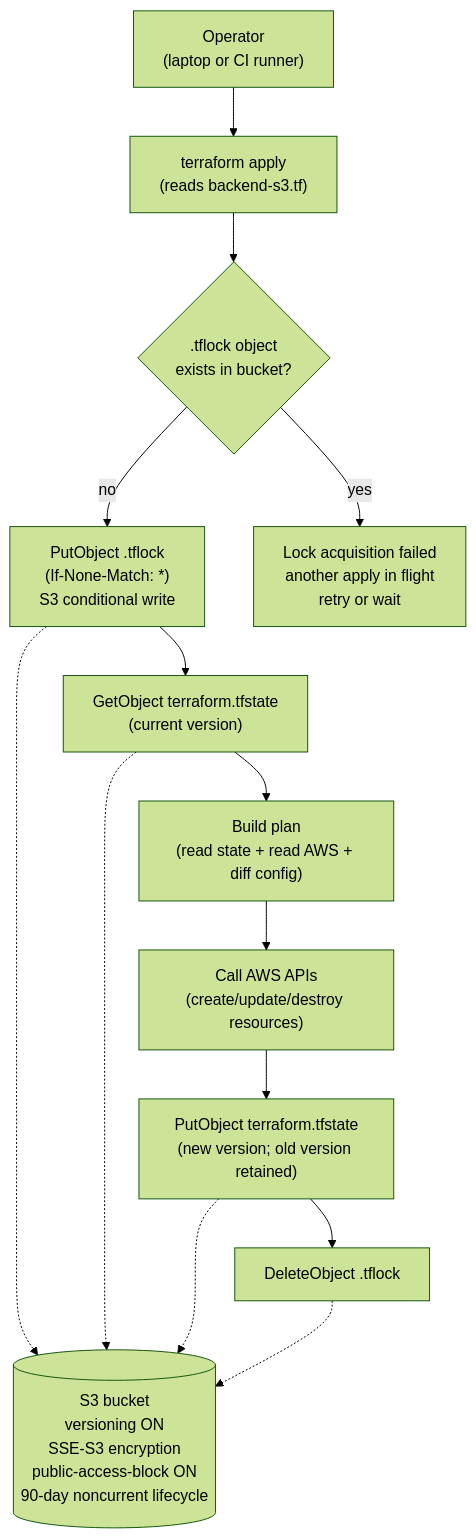
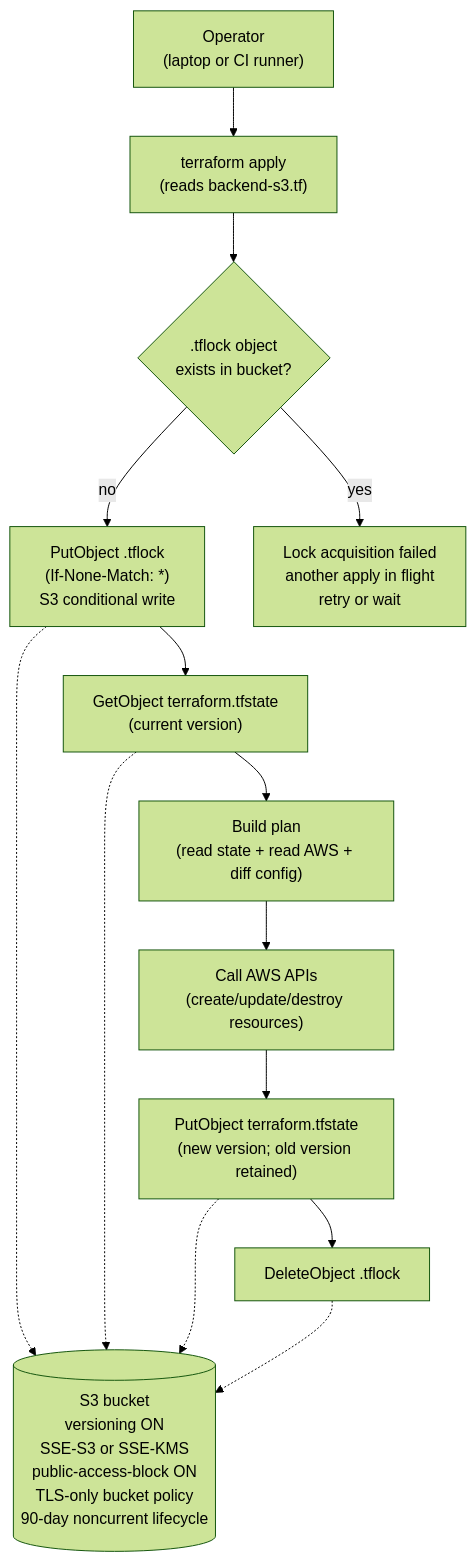
One commit to abd-ulbasit/bookstore-kubernetes-guide changed the diagram in full-guide/14-eks-in-production-a-to-z/01-terraform-state-in-production.md. Above: the diagram before and after it, drawn with Mermaid (forest theme). The commit also changed other lines of this file, not shown here.

````diff
--- a/full-guide/14-eks-in-production-a-to-z/01-terraform-state-in-production.md
+++ b/full-guide/14-eks-in-production-a-to-z/01-terraform-state-in-production.md
@@ -137,24 +137,24 @@
 ```mermaid
 flowchart TB
     op["Operator<br/>(laptop or CI runner)"]
     tf["terraform apply<br/>(reads backend-s3.tf)"]
     lock1{".tflock object<br/>exists in bucket?"}
     putlock["PutObject .tflock<br/>(If-None-Match: *)<br/>S3 conditional write"]
     fail["Lock acquisition failed<br/>another apply in flight<br/>retry or wait"]
     readst["GetObject terraform.tfstate<br/>(current version)"]
     plan["Build plan<br/>(read state + read AWS + diff config)"]
     apply["Call AWS APIs<br/>(create/update/destroy resources)"]
     writest["PutObject terraform.tfstate<br/>(new version; old version retained)"]
     dellock["DeleteObject .tflock"]
 
-    s3[("S3 bucket<br/>versioning ON<br/>SSE-S3 encryption<br/>public-access-block ON<br/>90-day noncurrent lifecycle")]
+    s3[("S3 bucket<br/>versioning ON<br/>SSE-S3 or SSE-KMS<br/>public-access-block ON<br/>TLS-only bucket policy<br/>90-day noncurrent lifecycle")]
 
     op --> tf --> lock1
     lock1 -- "no" --> putlock
     lock1 -- "yes" --> fail
     putlock --> readst --> plan --> apply --> writest --> dellock
     putlock -.-> s3
     readst -.-> s3
     writest -.-> s3
     dellock -.-> s3
 ```
````
